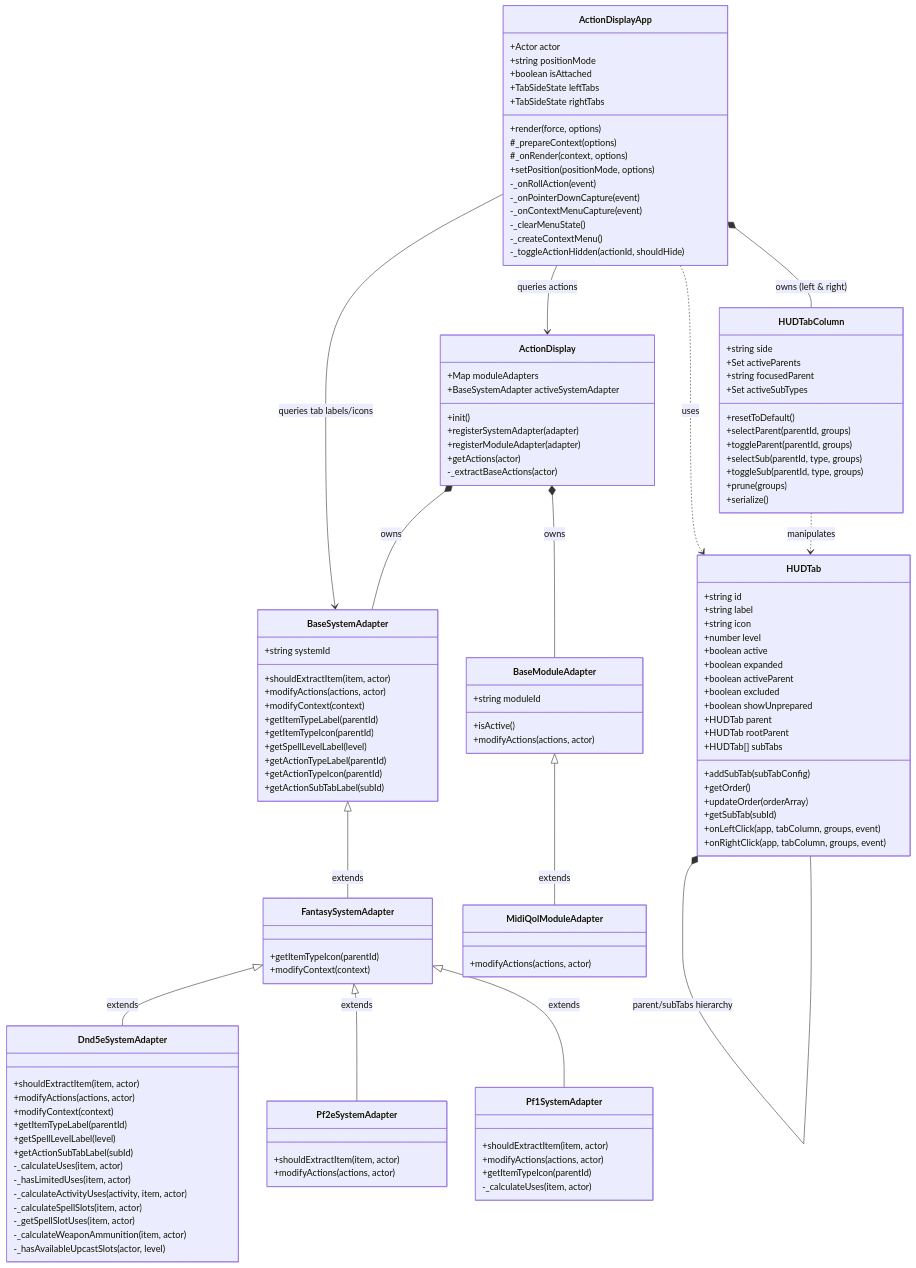
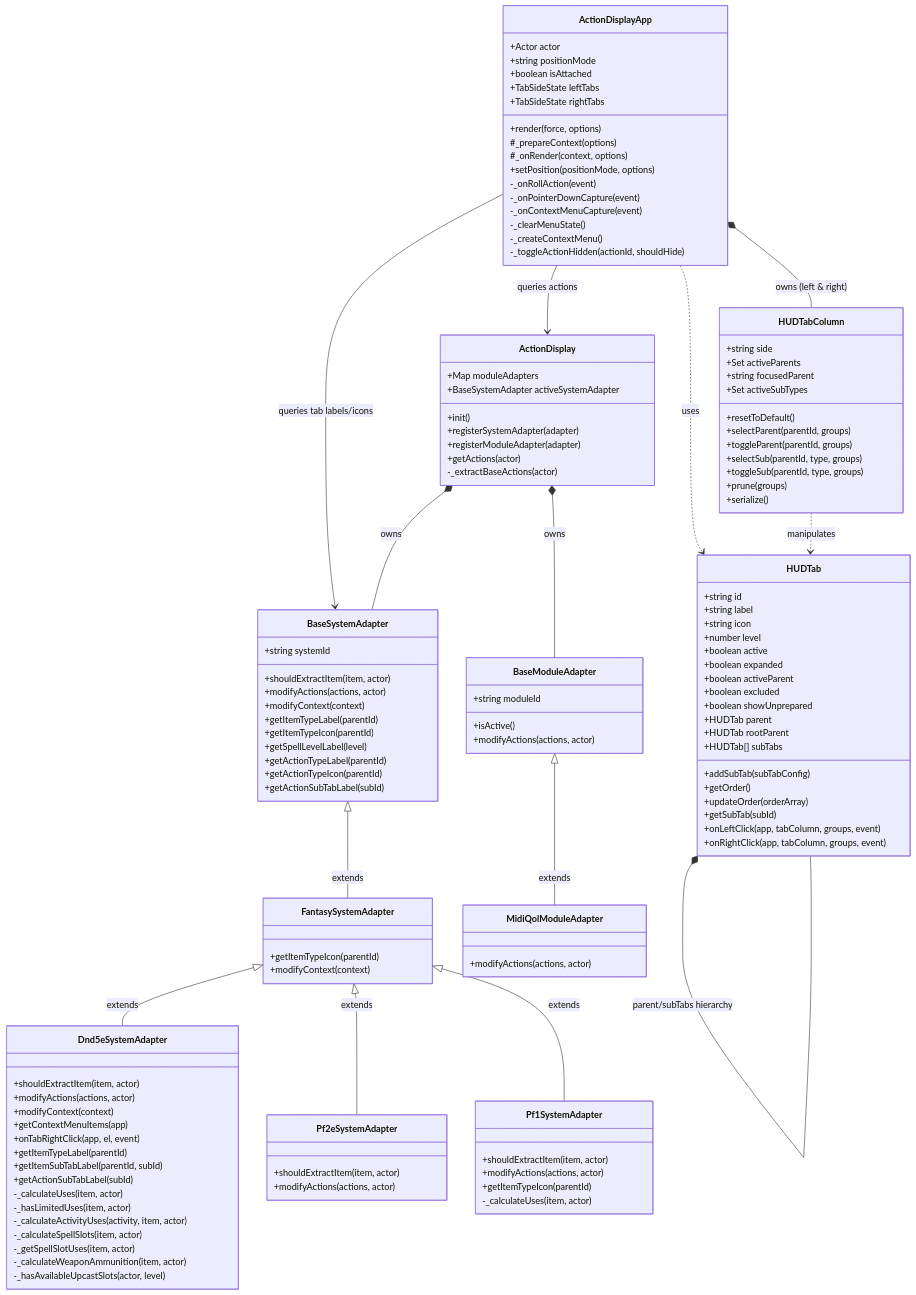
Before and after one commit to aljames-external/bakanas-action-display: the first of 2 diagrams in docs/architecture_guide.md, drawn with Mermaid. The commit also changed 2 other files, not shown here.

Commit message:
docs: update README and docs with Equipment & Weapon subcategories, unequipped toggle, and equip/unequip actions

```diff
--- a/docs/architecture_guide.md
+++ b/docs/architecture_guide.md
@@ -110,8 +110,10 @@
         +shouldExtractItem(item, actor)
         +modifyActions(actions, actor)
         +modifyContext(context)
+        +getContextMenuItems(app)
+        +onTabRightClick(app, el, event)
         +getItemTypeLabel(parentId)
-        +getSpellLevelLabel(level)
+        +getItemSubTabLabel(parentId, subId)
         +getActionSubTabLabel(subId)
         -_calculateUses(item, actor)
         -_hasLimitedUses(item, actor)
```
